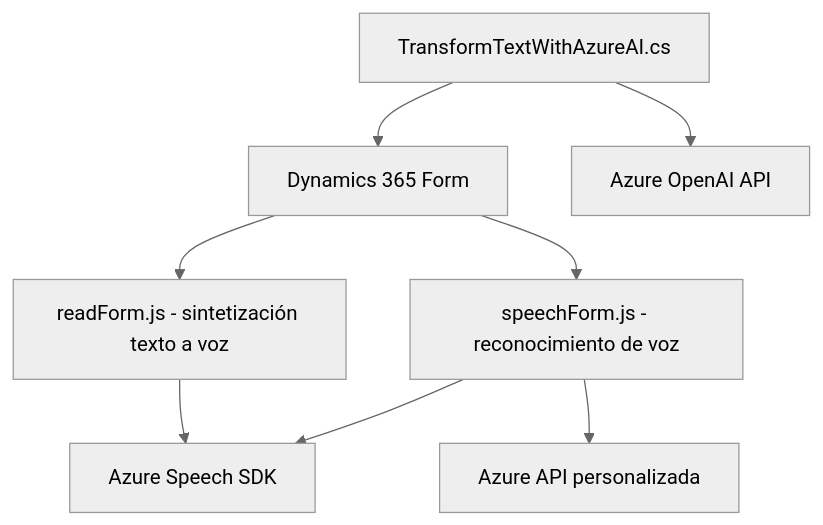
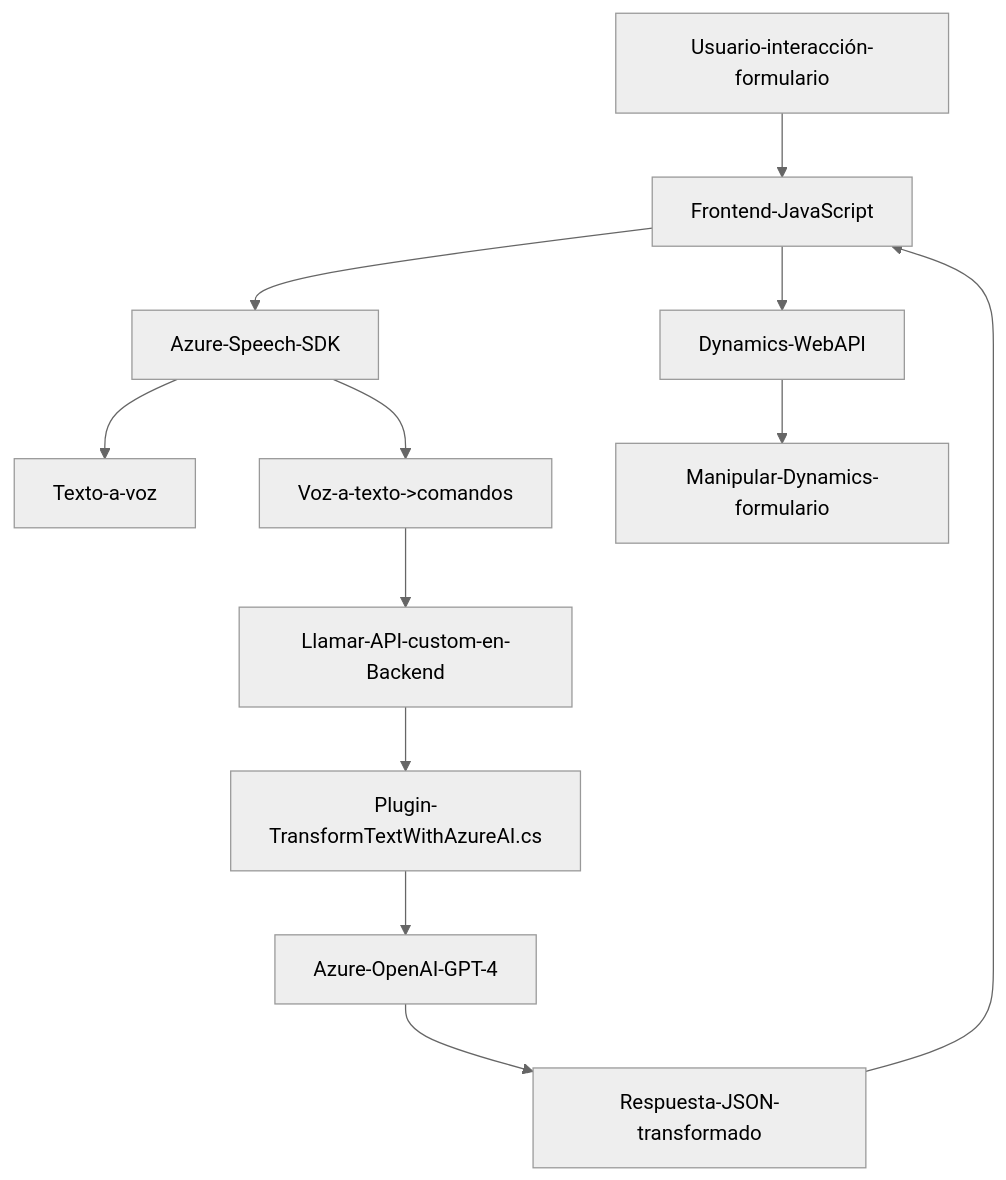
The diagram in README.md (blopezdm/NETCORE_BILBAO2025), drawn with Mermaid (neutral theme) before and after one commit. The commit also changed other lines of this file, not shown here.

````diff
--- a/README.md
+++ b/README.md
@@ -28,18 +58,14 @@
 ```mermaid
 graph TD
-  A["Dynamics 365 Form"]
-  B["readForm.js - sintetización texto a voz"]
-  C["speechForm.js - reconocimiento de voz"]
-  D["Azure Speech SDK"]
-  E["Azure API personalizada"]
-  F["TransformTextWithAzureAI.cs"]
-  G["Azure OpenAI API"]
-  
-  A --> B
-  A --> C
-  B --> D
-  C --> D
-  C --> E
-  F --> A
-  F --> G
+    A["Usuario-interacción-formulario"] --> B["Frontend-JavaScript"]
+    B --> C["Azure-Speech-SDK"]
+    B --> D["Dynamics-WebAPI"]
+    C --> E["Texto-a-voz"]
+    C --> F["Voz-a-texto->comandos"]
+    F --> G["Llamar-API-custom-en-Backend"]
+    G --> H["Plugin-TransformTextWithAzureAI.cs"]
+    H --> I["Azure-OpenAI-GPT-4"]
+    I --> J["Respuesta-JSON-transformado"]
+    J --> B
+    D --> K["Manipular-Dynamics-formulario"]
 ```
````
